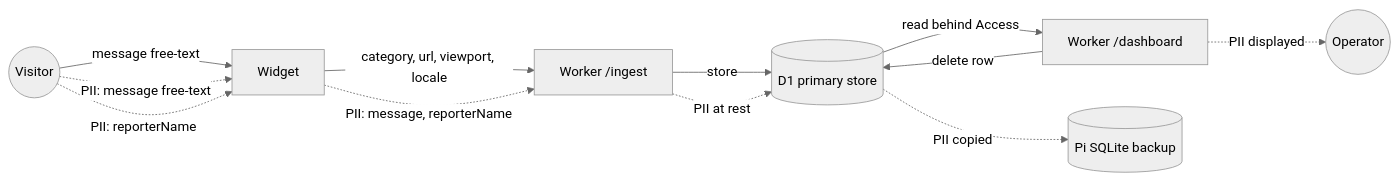
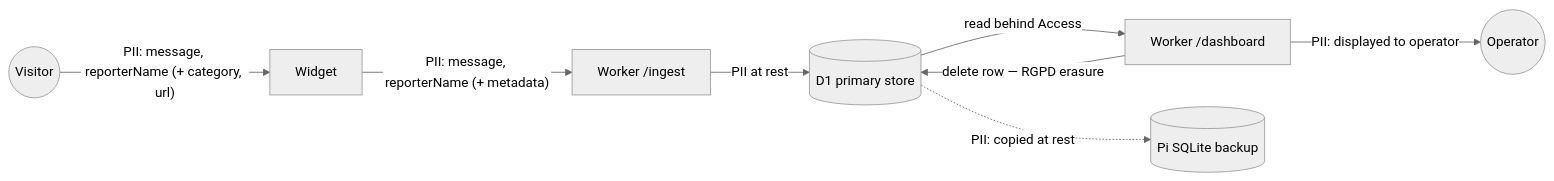
The diagram in docs/architecture/diagrams/feedback-dashboard/06-data-flow.md (benoit-bremaud/feedback-widget), drawn with Mermaid (neutral theme) before and after one commit. The commit also changed other lines of this file and 2 other files, not shown here.

Commit message:
docs(feedback-dashboard/architecture): apply UML review fixes
Use-case reduced to user-goal level (filter/mark-read/mark-handled are
steps, not use cases); class diagram annotations moved out of inline
Mermaid into notes; data-flow consolidated to one edge per hop with PII
prefixes.

````diff
--- a/docs/architecture/diagrams/feedback-dashboard/06-data-flow.md
+++ b/docs/architecture/diagrams/feedback-dashboard/06-data-flow.md
@@ -14,14 +15,10 @@
 ```mermaid
 flowchart LR
-  Visitor((Visitor)) -->|message free-text| W[Widget]
-  Visitor -.->|PII: message free-text| W
-  Visitor -.->|PII: reporterName| W
-  W -->|category, url, viewport, locale| CF[Worker /ingest]
-  W -.->|PII: message, reporterName| CF
-  CF -->|store| D1[(D1 primary store)]
-  CF -.->|PII at rest| D1
+  Visitor((Visitor)) -->|"PII: message, reporterName (+ category, url)"| W[Widget]
+  W -->|"PII: message, reporterName (+ metadata)"| CF[Worker /ingest]
+  CF -->|"PII at rest"| D1[(D1 primary store)]
   D1 -->|read behind Access| Dash[Worker /dashboard]
-  Dash -.->|PII displayed| Operator((Operator))
-  D1 -.->|PII copied| Backup[(Pi SQLite backup)]
-  Dash -->|delete row| D1
+  Dash -->|"PII: displayed to operator"| Operator((Operator))
+  D1 -.->|"PII: copied at rest"| Backup[(Pi SQLite backup)]
+  Dash -->|delete row — RGPD erasure| D1
 ```
````
